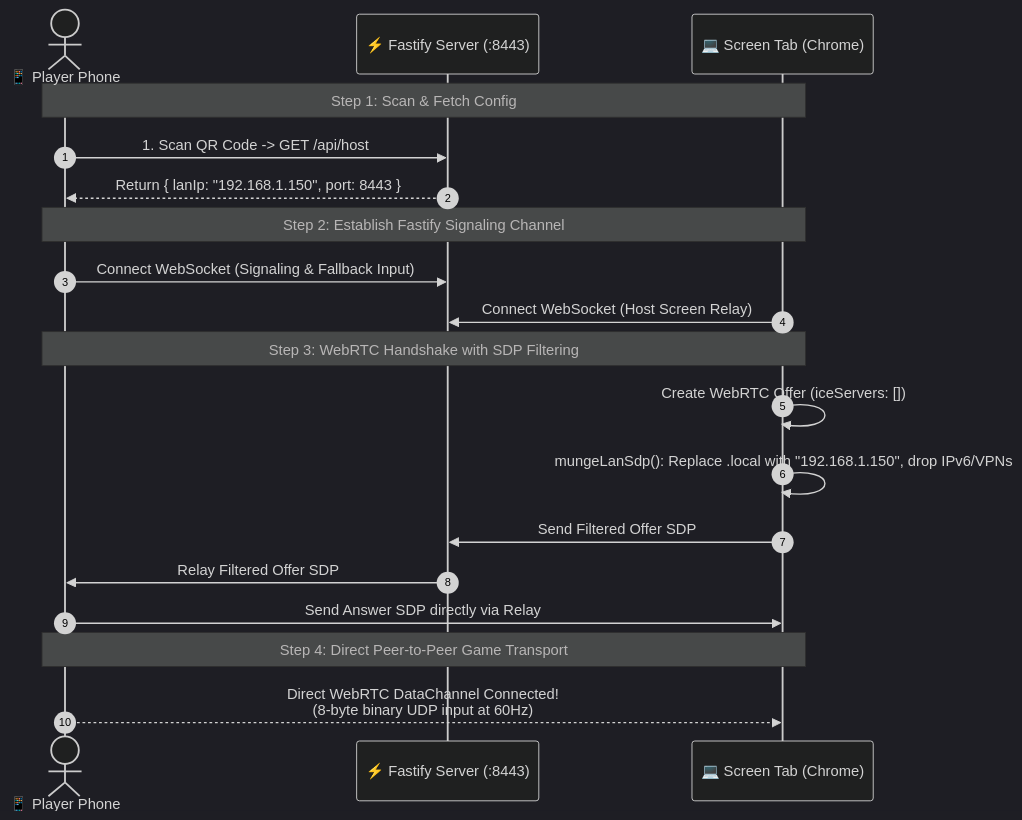
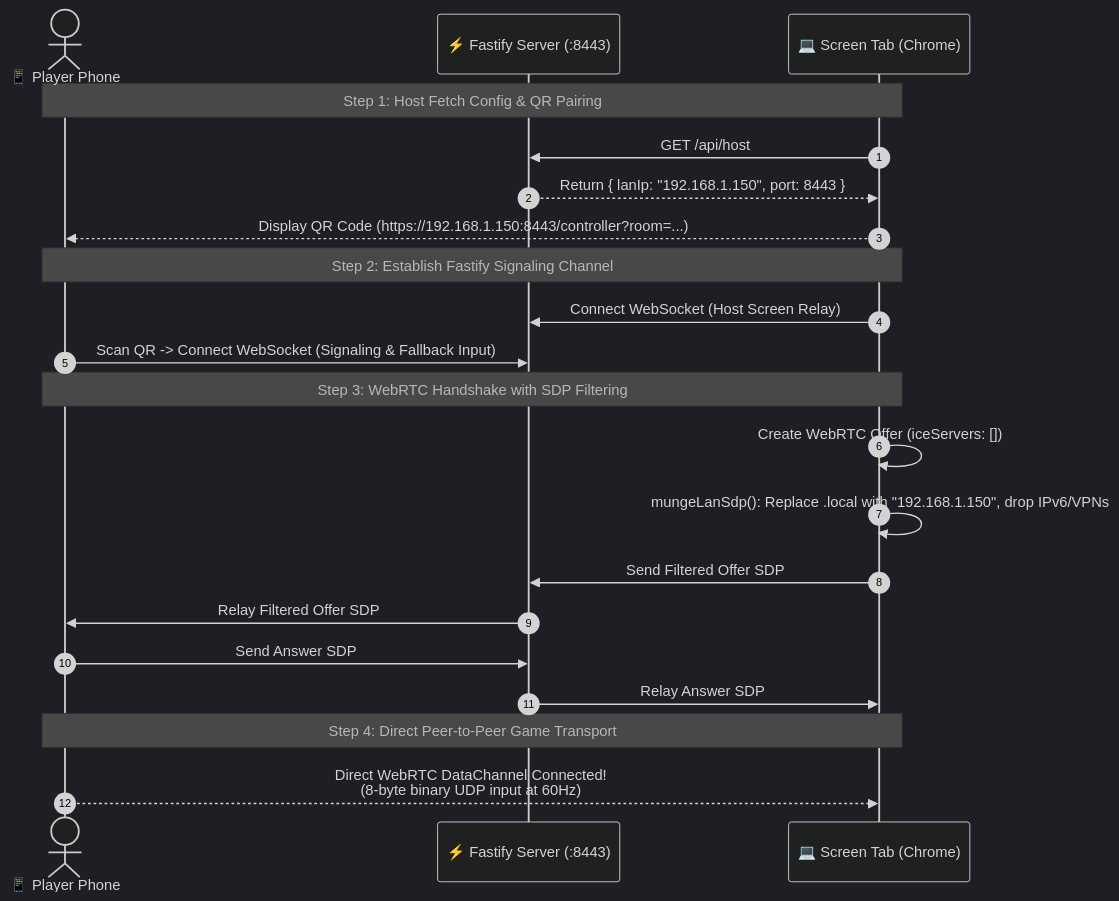
The diagram in docs/architecture-decision.md (Hudson-Pufferfish/local-party-console), drawn with Mermaid (dark theme) before and after one commit. The commit also changed other lines of this file, not shown here.

First line of the commit message:
docs(adr): align ADR-001 sequence diagram and ADR-002 ULP streaming with code (#61)

````diff
--- a/docs/architecture-decision.md
+++ b/docs/architecture-decision.md
@@ -58,25 +58,27 @@
 ```mermaid
 sequenceDiagram
     autonumber
     actor Player as 📱 Player Phone
     participant Server as ⚡ Fastify Server (:8443)
     participant Host as 💻 Screen Tab (Chrome)
 
-    Note over Player,Host: Step 1: Scan & Fetch Config
-    Player->>Server: 1. Scan QR Code -> GET /api/host
-    Server-->>Player: Return { lanIp: "192.168.1.150", port: 8443 }
-    
+    Note over Player,Host: Step 1: Host Fetch Config & QR Pairing
+    Host->>Server: GET /api/host
+    Server-->>Host: Return { lanIp: "192.168.1.150", port: 8443 }
+    Host-->>Player: Display QR Code (https://192.168.1.150:8443/controller?room=...)
+
     Note over Player,Host: Step 2: Establish Fastify Signaling Channel
-    Player->>Server: Connect WebSocket (Signaling & Fallback Input)
     Host->>Server: Connect WebSocket (Host Screen Relay)
+    Player->>Server: Scan QR -> Connect WebSocket (Signaling & Fallback Input)
 
     Note over Player,Host: Step 3: WebRTC Handshake with SDP Filtering
     Host->>Host: Create WebRTC Offer (iceServers: [])
     Host->>Host: mungeLanSdp(): Replace .local with "192.168.1.150", drop IPv6/VPNs
     Host->>Server: Send Filtered Offer SDP
     Server->>Player: Relay Filtered Offer SDP
-    Player->>Host: Send Answer SDP directly via Relay
-    
+    Player->>Server: Send Answer SDP
+    Server->>Host: Relay Answer SDP
+
     Note over Player,Host: Step 4: Direct Peer-to-Peer Game Transport
     Player-->>Host: Direct WebRTC DataChannel Connected!<br/>(8-byte binary UDP input at 60Hz)
 ```
````
